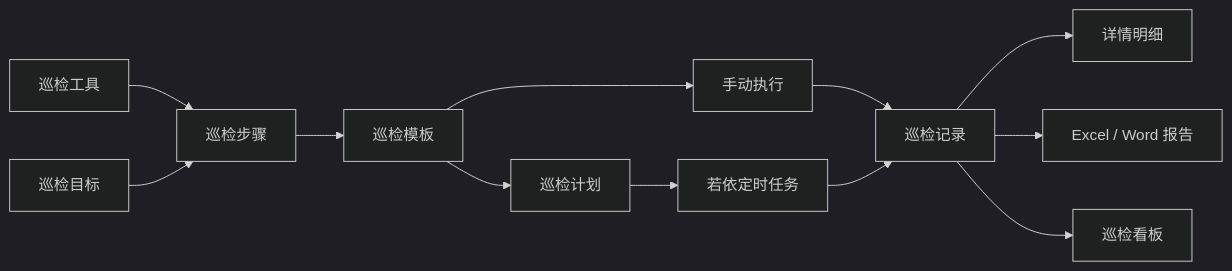
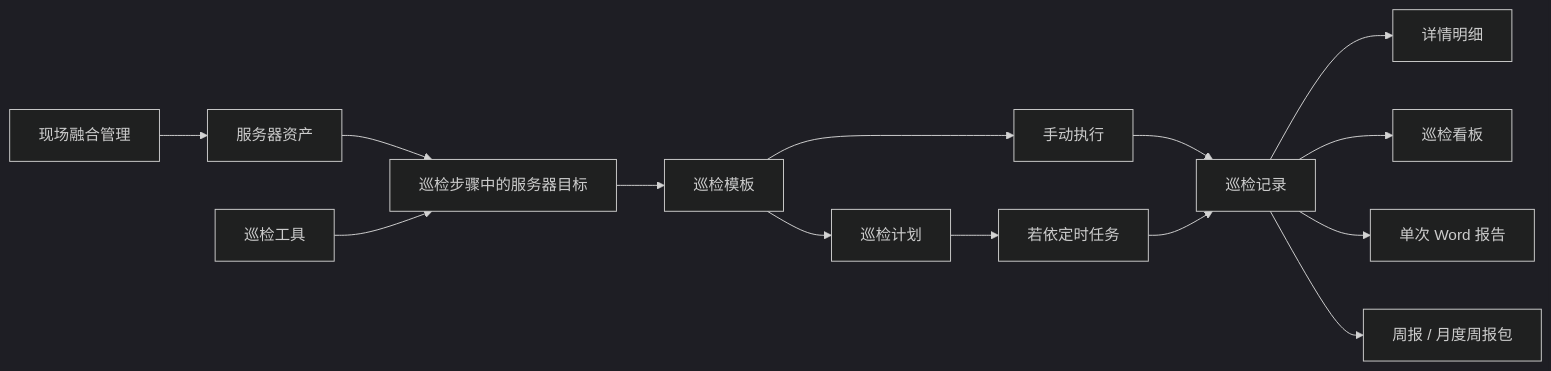
The diagram in WDF100.0/doc/自动化巡检功能操作手册.md (krizen97-sz/wjdatafusion), drawn with Mermaid (dark theme) before and after one commit. The commit also changed other lines of this file and 36 other files, not shown here.

````diff
--- a/WDF100.0/doc/自动化巡检功能操作手册.md
+++ b/WDF100.0/doc/自动化巡检功能操作手册.md
@@ -15,14 +28,16 @@
 ```mermaid
 flowchart LR
-  A[巡检工具] --> B[巡检步骤]
-  C[巡检目标] --> B
-  B --> D[巡检模板]
-  D --> E[巡检计划]
-  D --> F[手动执行]
-  E --> G[若依定时任务]
-  F --> H[巡检记录]
-  G --> H
-  H --> I[详情明细]
-  H --> J[Excel / Word 报告]
-  H --> K[巡检看板]
+  A["现场融合管理"] --> B["服务器资产"]
+  B --> C["巡检步骤中的服务器目标"]
+  D["巡检工具"] --> C
+  C --> E["巡检模板"]
+  E --> F["手动执行"]
+  E --> G["巡检计划"]
+  G --> H["若依定时任务"]
+  F --> I["巡检记录"]
+  H --> I
+  I --> J["详情明细"]
+  I --> K["巡检看板"]
+  I --> L["单次 Word 报告"]
+  I --> M["周报 / 月度周报包"]
 ```
````
